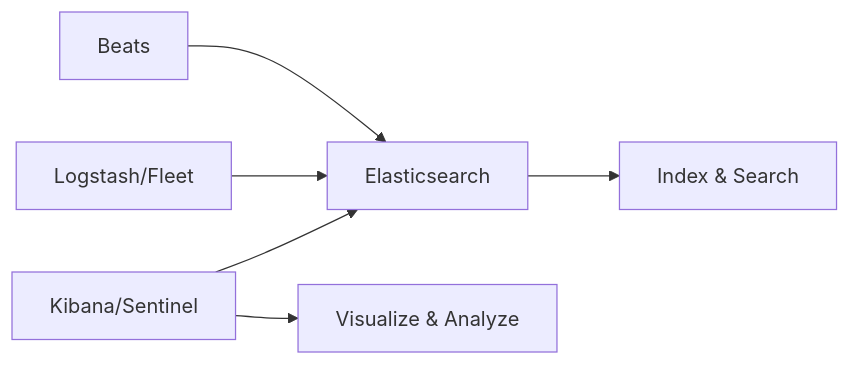
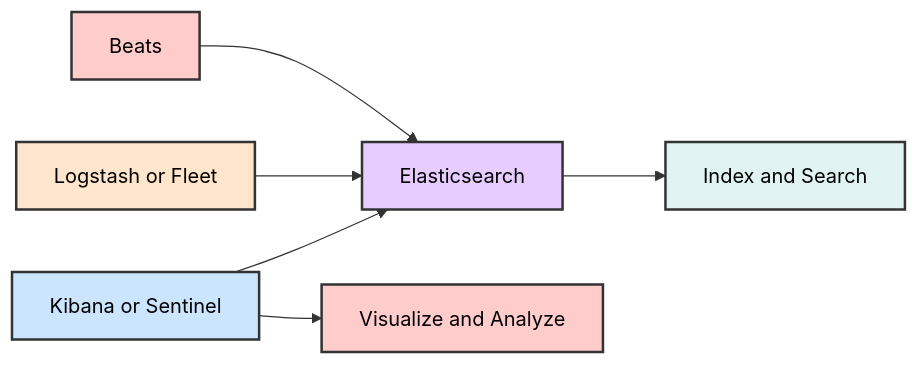
Before and after one commit to manojxshrestha/SOC-Analyst-Cheatsheet: the eighth of 12 diagrams in 2-Security-Monitoring-SIEM-Fundamentals/README.md, drawn with Mermaid. The commit also changed other lines of this file, not shown here.

````diff
--- a/2-Security-Monitoring-SIEM-Fundamentals/README.md
+++ b/2-Security-Monitoring-SIEM-Fundamentals/README.md
@@ -811,9 +821,16 @@
 ```mermaid
 graph LR
     Beats[Beats] --> Elasticsearch[Elasticsearch]
-    Logstash[Logstash/Fleet] --> Elasticsearch
-    Kibana[Kibana/Sentinel] --> Elasticsearch
+    Logstash[Logstash or Fleet] --> Elasticsearch
+    Kibana[Kibana or Sentinel] --> Elasticsearch
     
-    Elasticsearch --> Storage[Index & Search]
-    Kibana --> Visualize[Visualize & Analyze]
+    Elasticsearch --> Storage[Index and Search]
+    Kibana --> Visualize[Visualize and Analyze]
+
+    style Beats fill:#ffcccc,stroke:#333,stroke-width:2px,color:#000
+    style Logstash fill:#ffe5cc,stroke:#333,stroke-width:2px,color:#000
+    style Kibana fill:#cce5ff,stroke:#333,stroke-width:2px,color:#000
+    style Elasticsearch fill:#e6ccff,stroke:#333,stroke-width:2px,color:#000
+    style Storage fill:#e0f2f1,stroke:#333,stroke-width:2px,color:#000
+    style Visualize fill:#ffcccc,stroke:#333,stroke-width:2px,color:#000
 ```
````
